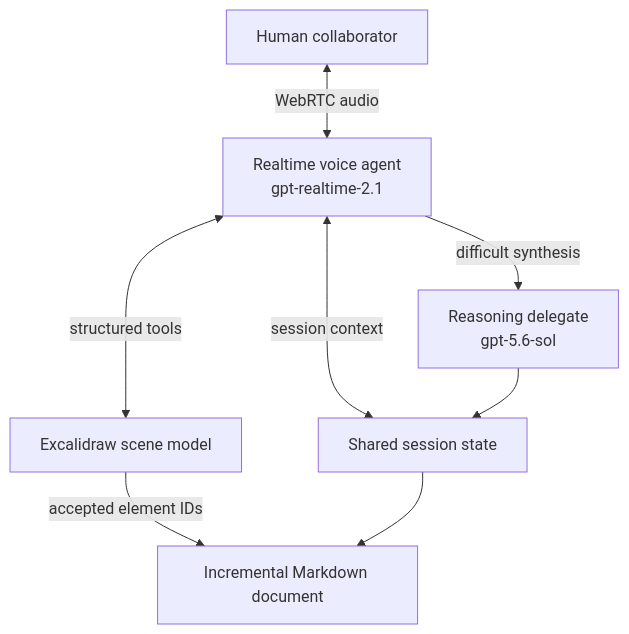
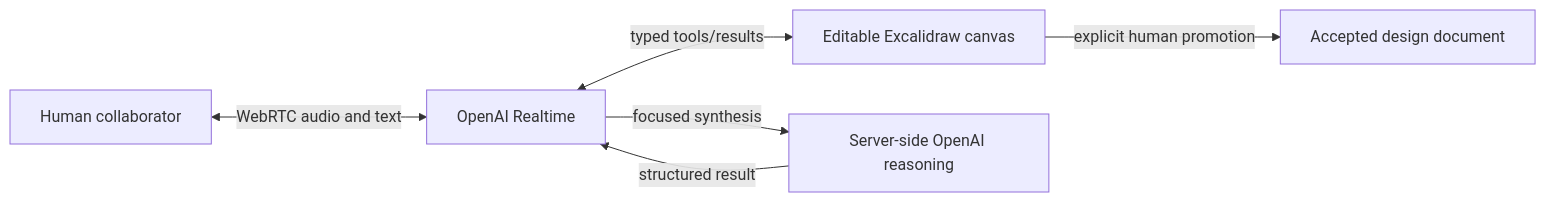
Before and after one commit to mabrax/CoThinker: the diagram in DESIGN.md, drawn with Mermaid. The commit also changed other lines of this file and 33 other files, not shown here.

````diff
--- a/DESIGN.md
+++ b/DESIGN.md
@@ -52,10 +16,8 @@
 ```mermaid
-flowchart TB
-  Human["Human collaborator"] <-->|"WebRTC audio"| Realtime["Realtime voice agent\ngpt-realtime-2.1"]
-  Realtime <-->|"structured tools"| Canvas["Excalidraw scene model"]
-  Realtime <-->|"session context"| State["Shared session state"]
-  Realtime -->|"difficult synthesis"| Reasoner["Reasoning delegate\ngpt-5.6-sol"]
-  Reasoner --> State
-  Canvas -->|"accepted element IDs"| Document["Incremental Markdown document"]
-  State --> Document
+flowchart LR
+  H["Human collaborator"] <-->|"WebRTC audio and text"| R["OpenAI Realtime"]
+  R <-->|"typed tools/results"| C["Editable Excalidraw canvas"]
+  C -->|"explicit human promotion"| D["Accepted design document"]
+  R -->|"focused synthesis"| S["Server-side OpenAI reasoning"]
+  S -->|"structured result"| R
 ```
````
